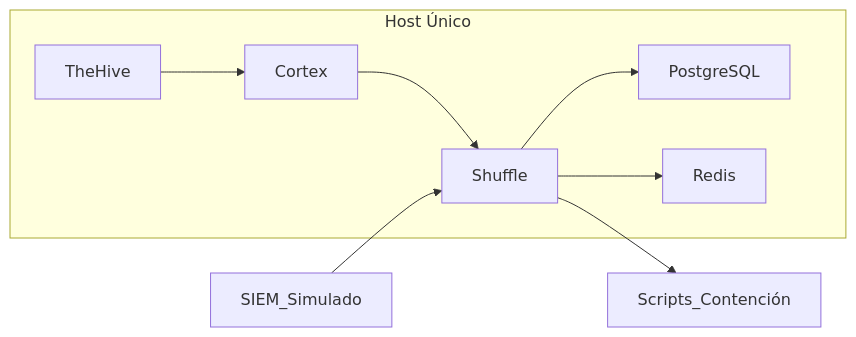
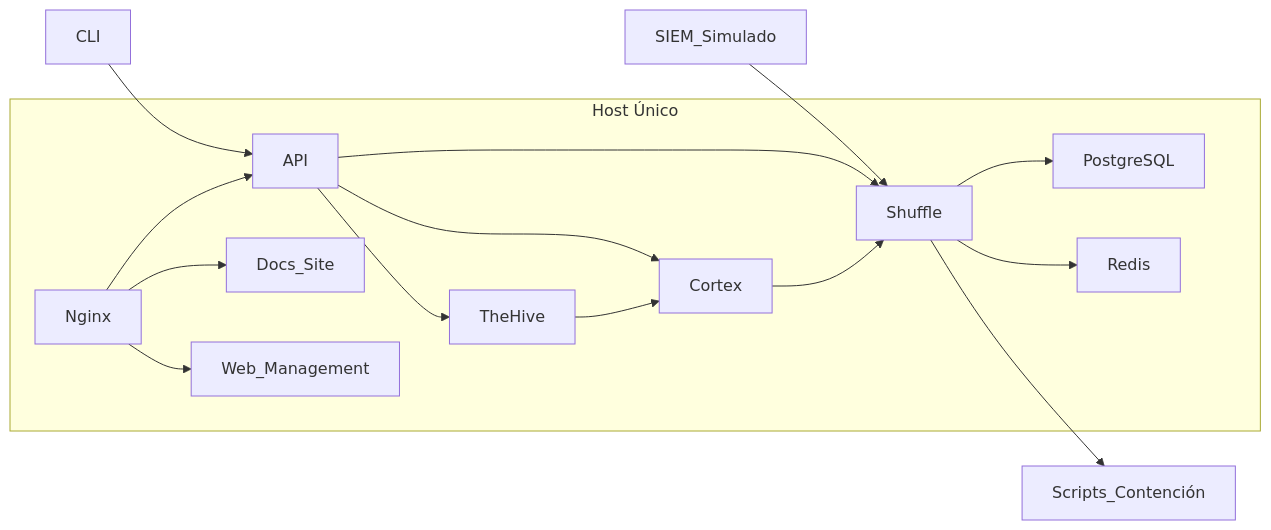
The second of 2 diagrams in docs/project/scope.md (alesanfe/soar-ransomware-lab), drawn with Mermaid before and after one commit. The commit also changed other lines of this file and 515 other files, not shown here.

````diff
--- a/docs/project/scope.md
+++ b/docs/project/scope.md
@@ -113,11 +196,18 @@
 ```mermaid
 graph LR
  subgraph Host Único
  TheHive --> Cortex
  Cortex --> Shuffle
  Shuffle --> PostgreSQL
  Shuffle --> Redis
+ API --> TheHive
+ API --> Cortex
+ API --> Shuffle
+ Nginx --> API
+ Nginx --> Docs_Site
+ Nginx --> Web_Management
  end
  SIEM_Simulado --> Shuffle
  Shuffle --> Scripts_Contención
+ CLI --> API
 ```
````
